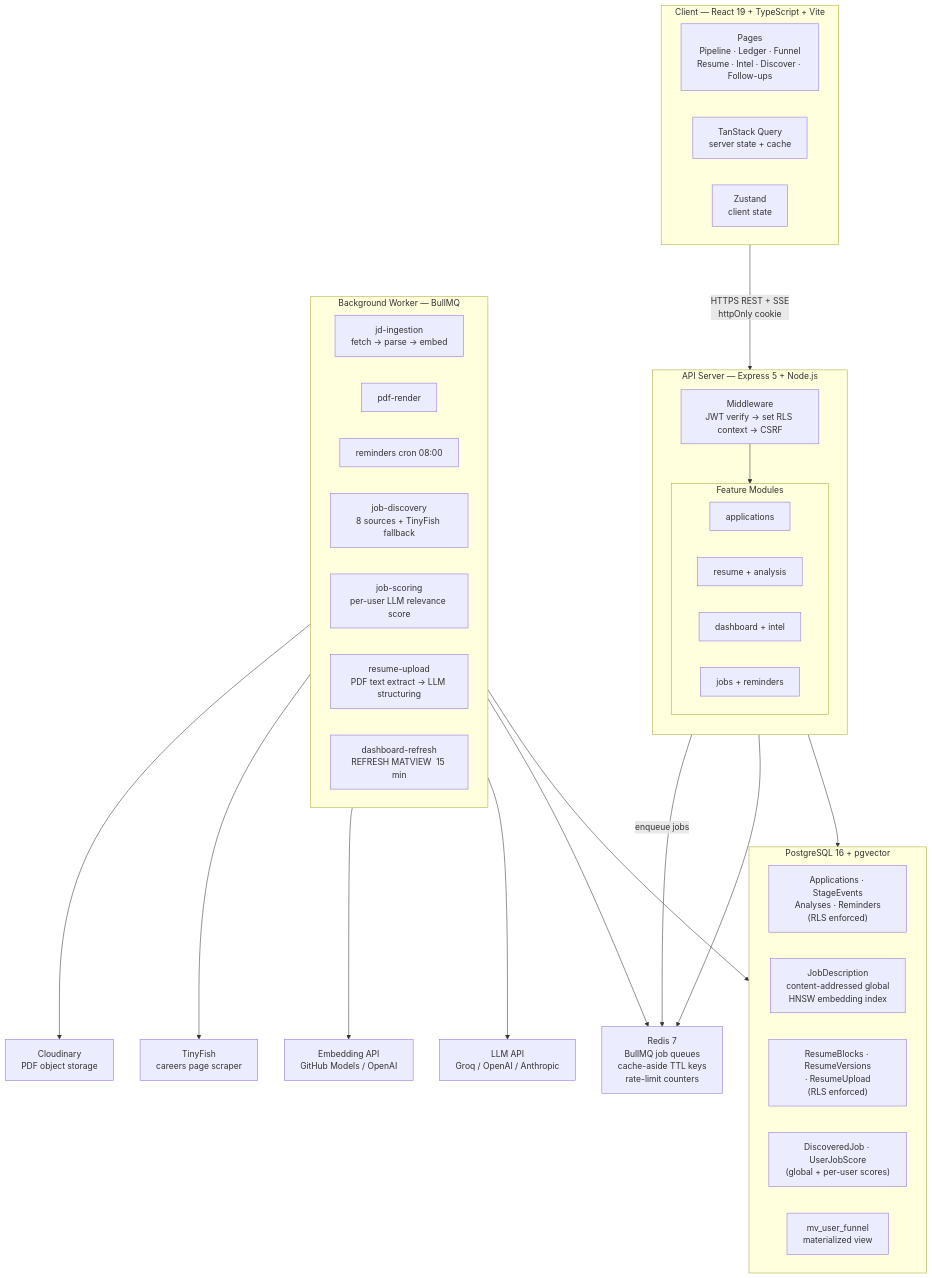
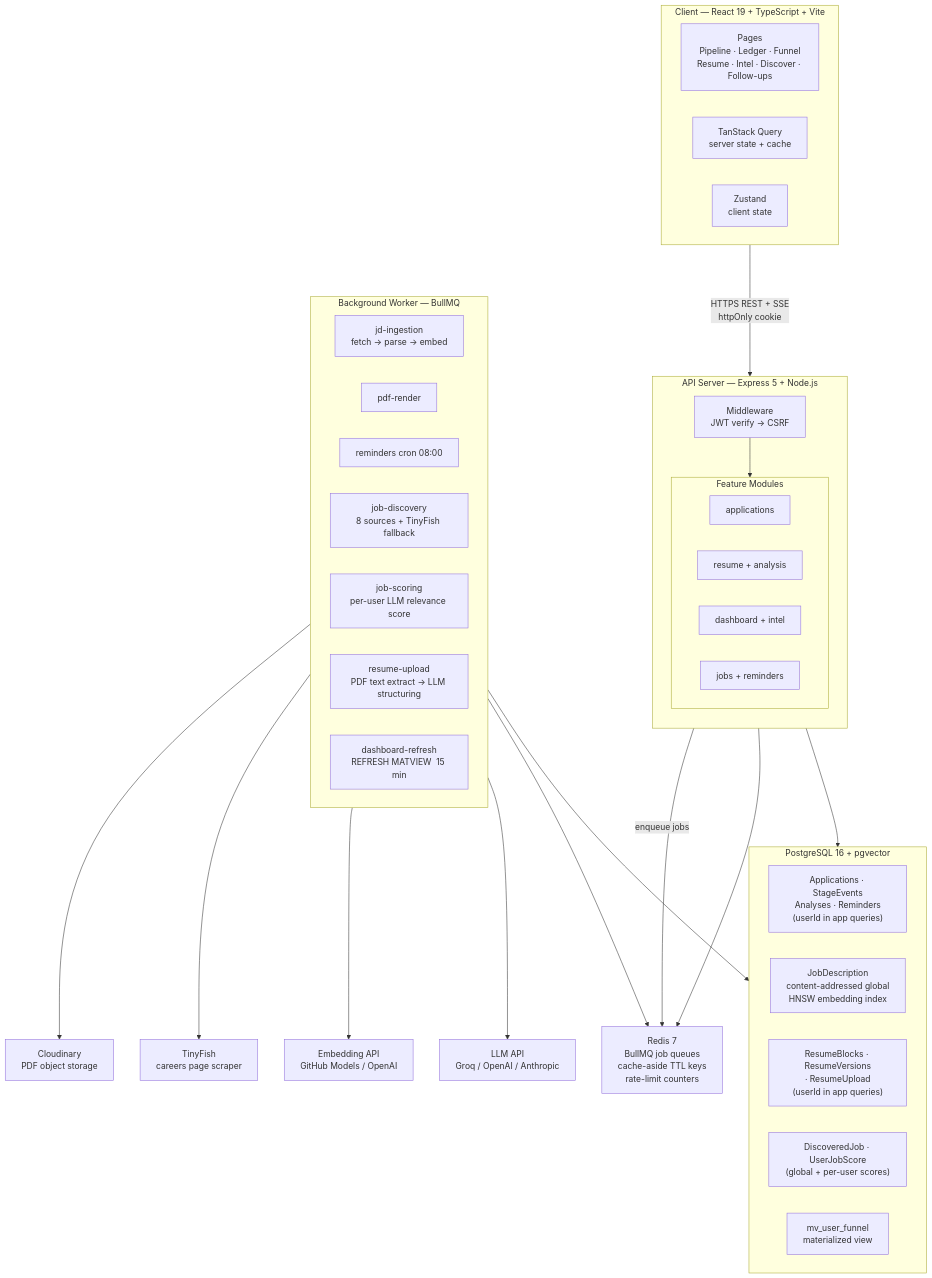
Before and after one commit to AdityaKrSingh26/Pursuit: the first of 7 diagrams in docs/architecture.md, drawn with Mermaid. The commit also changed other lines of this file and 35 other files, not shown here.

````diff
--- a/docs/architecture.md
+++ b/docs/architecture.md
@@ -7,57 +7,57 @@
 ```mermaid
 graph TB
     subgraph Client["Client — React 19 + TypeScript + Vite"]
         direction LR
         UI["Pages\nPipeline · Ledger · Funnel\nResume · Intel · Discover · Follow-ups"]
         TQ["TanStack Query\nserver state + cache"]
         ZS["Zustand\nclient state"]
     end
 
     subgraph API["API Server — Express 5 + Node.js"]
         direction TB
-        MW["Middleware\nJWT verify → set RLS context → CSRF"]
+        MW["Middleware\nJWT verify → CSRF"]
         subgraph Modules["Feature Modules"]
             M1["applications"]
             M2["resume + analysis"]
             M3["dashboard + intel"]
             M4["jobs + reminders"]
         end
         MW --> Modules
     end
 
     subgraph Worker["Background Worker — BullMQ"]
         WI["jd-ingestion\nfetch → parse → embed"]
         WP["pdf-render"]
         WR["reminders  cron 08:00"]
         WD["job-discovery\n8 sources + TinyFish fallback"]
         WS["job-scoring\nper-user LLM relevance score"]
         WRU["resume-upload\nPDF text extract → LLM structuring"]
         WMV["dashboard-refresh\nREFRESH MATVIEW  15 min"]
     end
 
     subgraph PG["PostgreSQL 16 + pgvector"]
-        PG1["Applications · StageEvents\nAnalyses · Reminders\n(RLS enforced)"]
+        PG1["Applications · StageEvents\nAnalyses · Reminders\n(userId in app queries)"]
         PG2["JobDescription\ncontent-addressed global\nHNSW embedding index"]
-        PG3["ResumeBlocks · ResumeVersions\n· ResumeUpload\n(RLS enforced)"]
+        PG3["ResumeBlocks · ResumeVersions\n· ResumeUpload\n(userId in app queries)"]
         PG4["DiscoveredJob · UserJobScore\n(global + per-user scores)"]
         PG5["mv_user_funnel\nmaterialized view"]
     end
 
     REDIS["Redis 7\nBullMQ job queues\ncache-aside TTL keys\nrate-limit counters"]
 
     EXT_LLM["LLM API\nGroq / OpenAI / Anthropic"]
     EXT_EMB["Embedding API\nGitHub Models / OpenAI"]
     EXT_TF["TinyFish\ncareers page scraper"]
     EXT_CDN["Cloudinary\nPDF object storage"]
 
     Client -->|"HTTPS REST + SSE\nhttpOnly cookie"| API
     API --> PG
     API --> REDIS
     Worker --> PG
     Worker --> REDIS
     Worker --> EXT_LLM
     Worker --> EXT_EMB
     Worker --> EXT_TF
     Worker --> EXT_CDN
     Modules -->|"enqueue jobs"| REDIS
 ```
````
